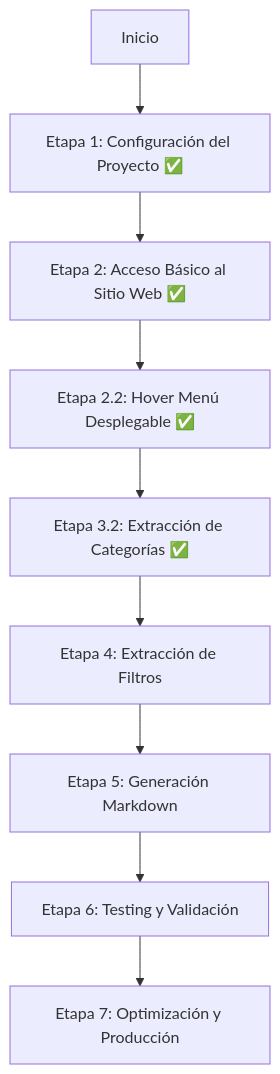
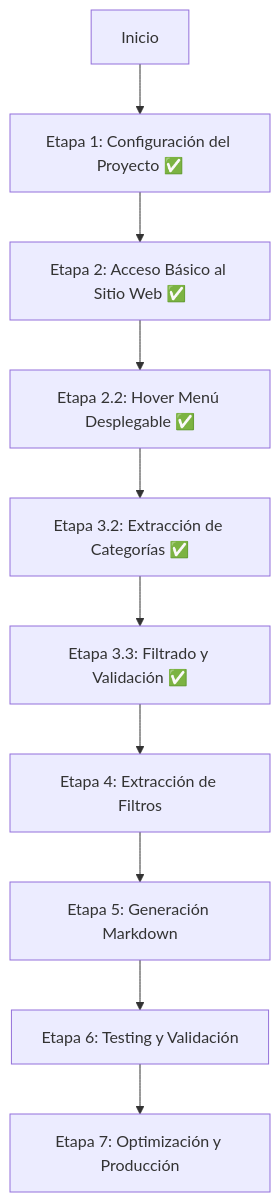
Before and after one commit to Jumadominguez/scrapersTemp: the diagram in docs/especificacion-script-extraccion.md, drawn with Mermaid.

Commit message:
docs: Update project flow diagram for task 3.3 completion

````diff
--- a/docs/especificacion-script-extraccion.md
+++ b/docs/especificacion-script-extraccion.md
@@ -30,11 +30,12 @@
 ```mermaid
 graph TD
     A[Inicio] --> B[Etapa 1: Configuración del Proyecto ✅]
     B --> C[Etapa 2: Acceso Básico al Sitio Web ✅]
     C --> D[Etapa 2.2: Hover Menú Desplegable ✅]
     D --> E[Etapa 3.2: Extracción de Categorías ✅]
-    E --> F[Etapa 4: Extracción de Filtros]
-    F --> G[Etapa 5: Generación Markdown]
-    G --> H[Etapa 6: Testing y Validación]
-    H --> I[Etapa 7: Optimización y Producción]
+    E --> F[Etapa 3.3: Filtrado y Validación ✅]
+    F --> G[Etapa 4: Extracción de Filtros]
+    G --> H[Etapa 5: Generación Markdown]
+    H --> I[Etapa 6: Testing y Validación]
+    I --> J[Etapa 7: Optimización y Producción]
 ```
````
